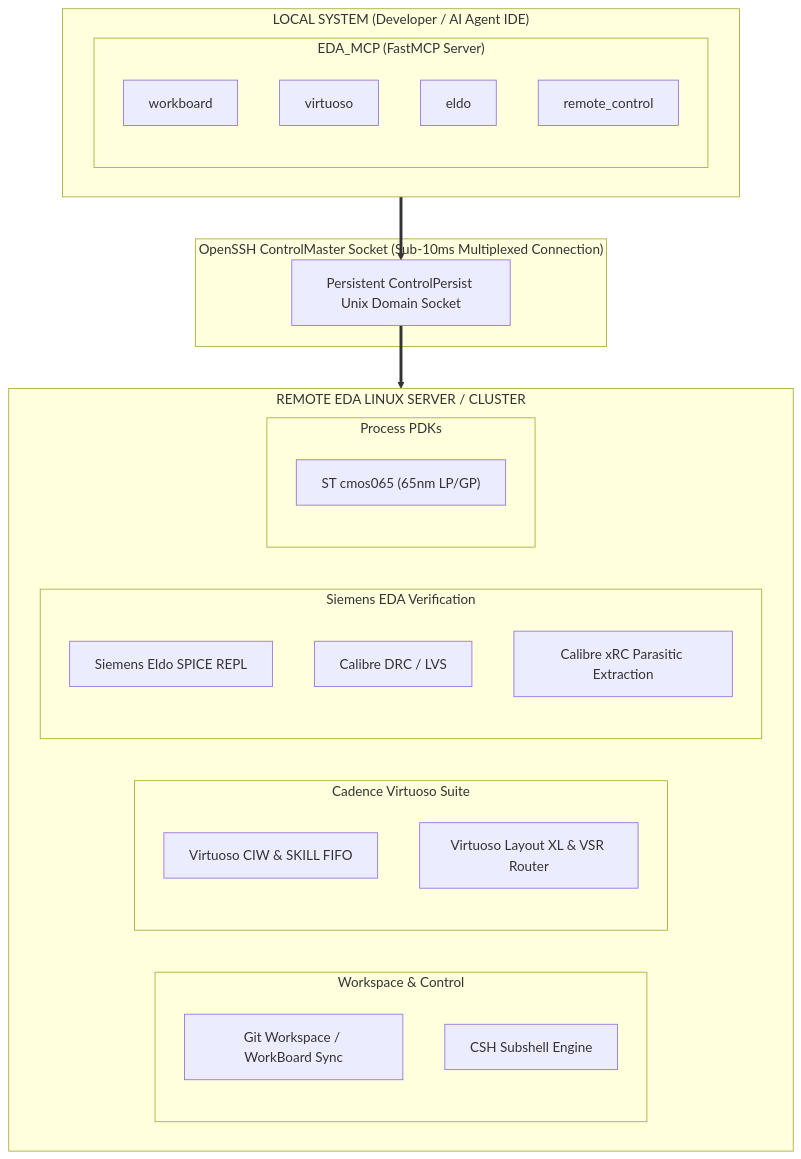
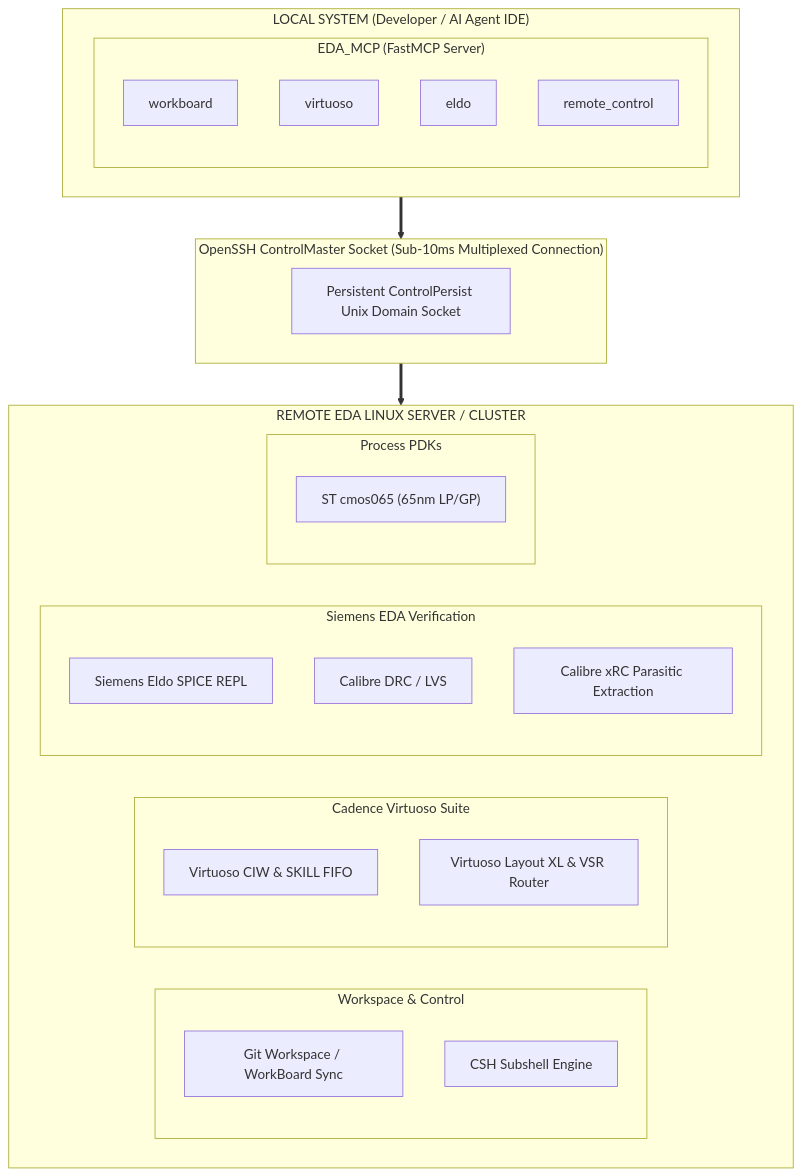
The second of 5 diagrams in README.md (SiliCAD/EDA_MCP), drawn with Mermaid before and after one commit.

````diff
--- a/README.md
+++ b/README.md
@@ -107,36 +107,36 @@
 ```mermaid
 graph TB
     subgraph LocalSystem["LOCAL SYSTEM (Developer / AI Agent IDE)"]
         subgraph FastMCP["EDA_MCP (FastMCP Server)"]
             WB["workboard"]
             VIR["virtuoso"]
             ELD["eldo"]
             RC["remote_control"]
         end
     end
 
     subgraph SSH["OpenSSH ControlMaster Socket (Sub-10ms Multiplexed Connection)"]
         Tunnel["Persistent ControlPersist Unix Domain Socket"]
     end
 
     subgraph RemoteCluster["REMOTE EDA LINUX SERVER / CLUSTER"]
         subgraph SyncTools["Workspace & Control"]
             GWS["Git Workspace / WorkBoard Sync"]
             CSH["CSH Subshell Engine"]
         end
         subgraph CadenceSuite["Cadence Virtuoso Suite"]
             V_CIW["Virtuoso CIW & SKILL FIFO"]
             V_VXL["Virtuoso Layout XL & VSR Router"]
         end
         subgraph SiemensSuite["Siemens EDA Verification"]
             E_SIM["Siemens Eldo SPICE REPL"]
             C_DRC["Calibre DRC / LVS"]
             C_PEX["Calibre xRC Parasitic Extraction"]
         end
         subgraph PDKs["Process PDKs"]
             PDK_65["ST cmos065 (65nm LP/GP)"]
         end
     end
 
-    LocalSystem ==> Tunnel ==> RemoteCluster
+    LocalSystem ==> SSH ==> RemoteCluster
 ```
````
